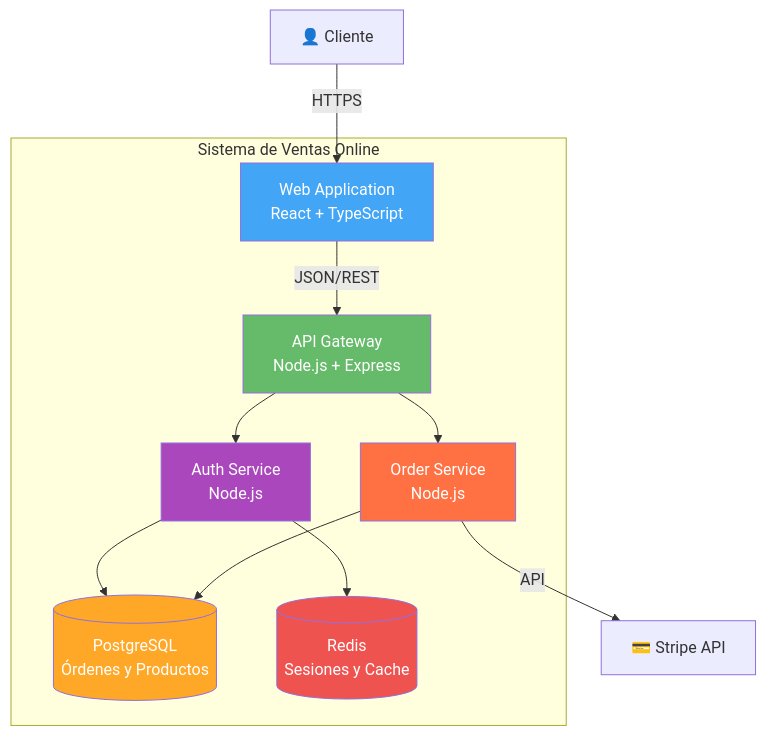
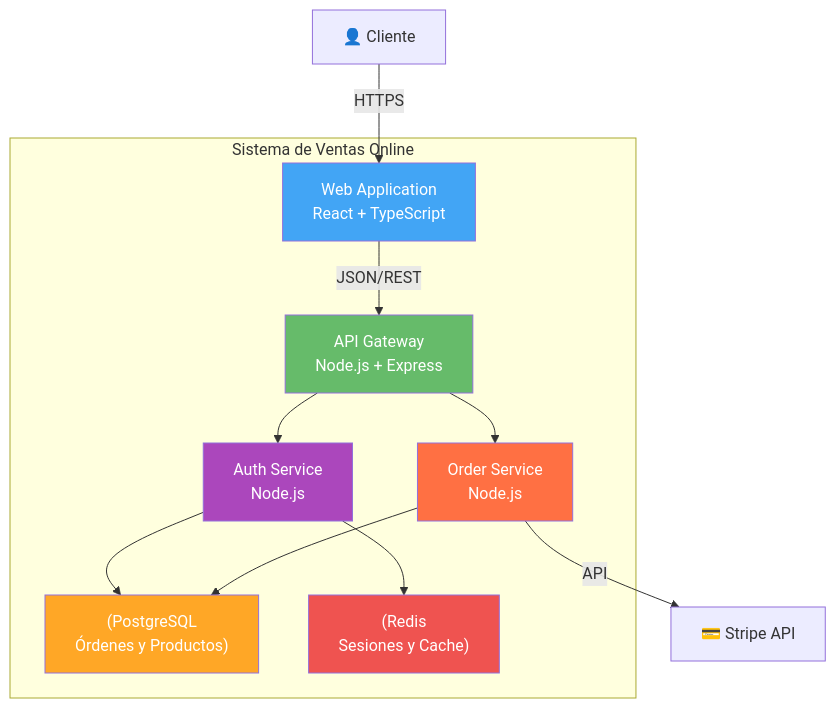
One commit to santosdevco/all_as_code changed the third of 8 diagrams in docs/guia-documentacion/02-niveles-abstraccion.md. Above: the diagram before and after it, drawn with Mermaid. The commit also changed other lines of this file and 11 other files, not shown here.

````diff
--- a/docs/guia-documentacion/02-niveles-abstraccion.md
+++ b/docs/guia-documentacion/02-niveles-abstraccion.md
@@ -172,30 +195,30 @@
 ```mermaid
 graph TB
     subgraph "Sistema de Ventas Online"
-        WebApp[Web Application<br/>React + TypeScript]
-        APIGateway[API Gateway<br/>Node.js + Express]
-        AuthService[Auth Service<br/>Node.js]
-        OrderService[Order Service<br/>Node.js]
+        WebApp["Web Application<br/>React + TypeScript"]
+        APIGateway["API Gateway<br/>Node.js + Express"]
+        AuthService["Auth Service<br/>Node.js"]
+        OrderService["Order Service<br/>Node.js"]
         
-        MainDB[(PostgreSQL<br/>Órdenes y Productos)]
-        Cache[(Redis<br/>Sesiones y Cache)]
+        MainDB["(PostgreSQL<br/>Órdenes y Productos)"]
+        Cache["(Redis<br/>Sesiones y Cache)"]
     end
     
-    Cliente[👤 Cliente] -->|HTTPS| WebApp
+    Cliente["👤 Cliente"] -->|HTTPS| WebApp
     WebApp -->|JSON/REST| APIGateway
     APIGateway --> AuthService
     APIGateway --> OrderService
     
     AuthService --> MainDB
     AuthService --> Cache
     OrderService --> MainDB
     
-    OrderService -->|API| StripeAPI[💳 Stripe API]
+    OrderService -->|API| StripeAPI["💳 Stripe API"]
     
     style WebApp fill:#42a5f5,color:#fff
     style APIGateway fill:#66bb6a,color:#fff
     style AuthService fill:#ab47bc,color:#fff
     style OrderService fill:#ff7043,color:#fff
     style MainDB fill:#ffa726,color:#fff
     style Cache fill:#ef5350,color:#fff
 ```
````
